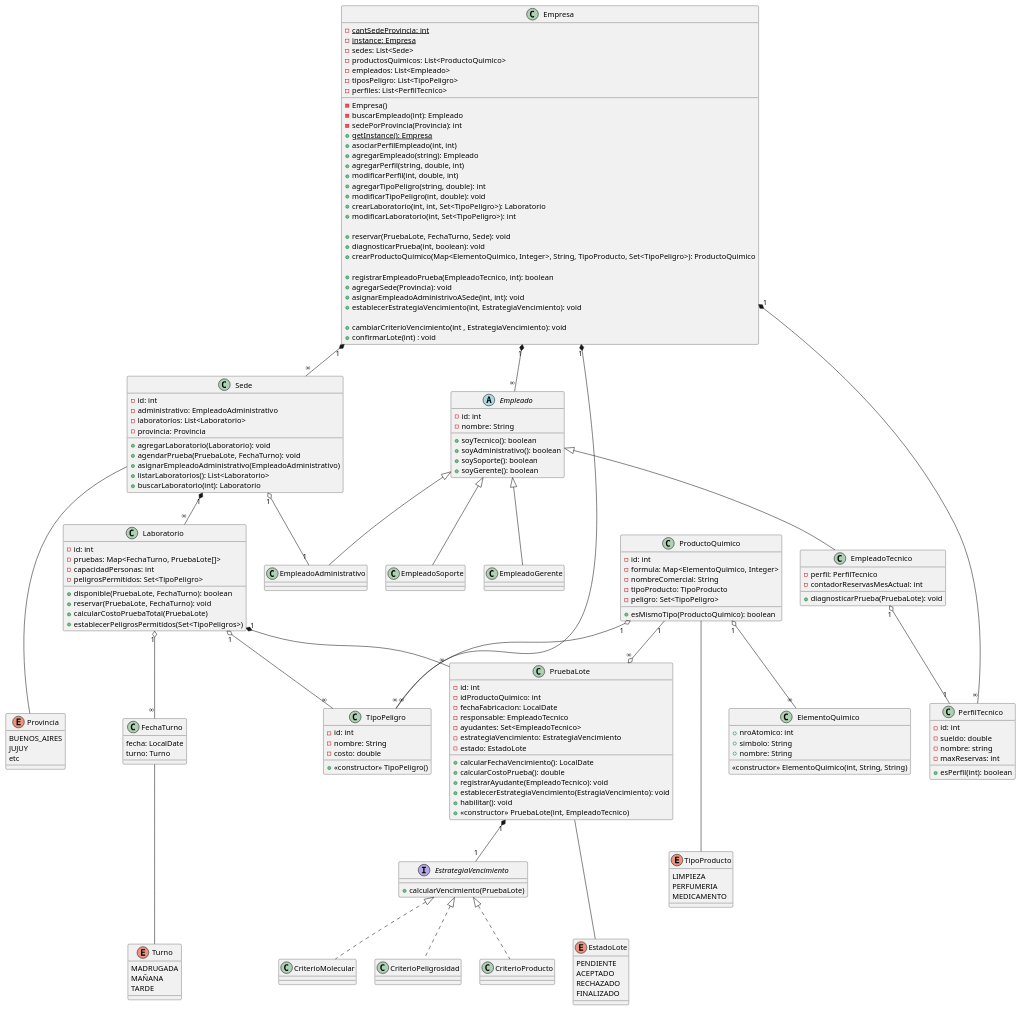
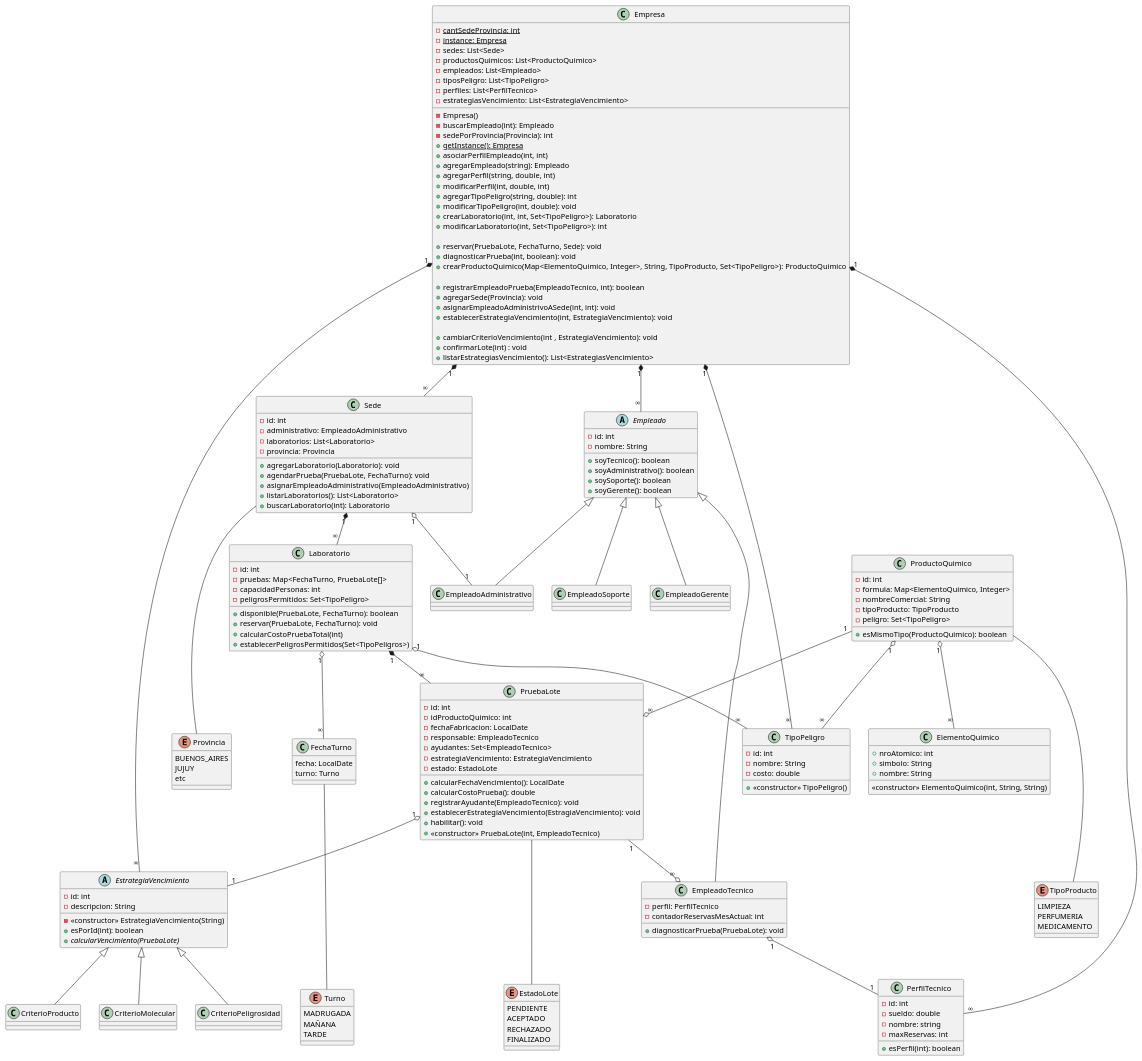
Before and after one commit to SrBigotones/UADE_TPO_OOP: the diagram in diagramas/clases.plantuml, drawn with PlantUML.

Commit message:
Se crea repositorio de estrategias de vencimiento y se hacen correcciones indicadas por los profesores

```diff
--- a/diagramas/clases.plantuml
+++ b/diagramas/clases.plantuml
@@ -9,7 +9,7 @@
   - empleados: List<Empleado>
   - tiposPeligro: List<TipoPeligro>
   - perfiles: List<PerfilTecnico>
-  
+  - estrategiasVencimiento: List<EstrategiaVencimiento>
   
   - buscarEmpleado(int): Empleado
   - sedePorProvincia(Provincia): int
@@ -37,6 +37,7 @@
   /' Gerente '/
   + cambiarCriterioVencimiento(int , EstrategiaVencimiento): void /'idLote'/
   + confirmarLote(int) : void /'idLote'/
+  + listarEstrategiasVencimiento(): List<EstrategiasVencimiento>
 }
 
 class Sede {
@@ -84,13 +85,17 @@
   + <<constructor>> PruebaLote(int, EmpleadoTecnico)
 }
 
-interface EstrategiaVencimiento {
-  + calcularVencimiento(PruebaLote)
+abstract class EstrategiaVencimiento {
+  - id: int
+  - descripcion: String
+  - <<constructor>> EstrategiaVencimiento(String) /'descripcion'/
+  + esPorId(int): boolean
+  + {abstract} calcularVencimiento(PruebaLote)
 }
 
-class CriterioPeligrosidad implements EstrategiaVencimiento {}
-class CriterioProducto implements EstrategiaVencimiento {}
-class CriterioMolecular implements EstrategiaVencimiento {}
+class CriterioPeligrosidad extends EstrategiaVencimiento {}
+class CriterioProducto extends EstrategiaVencimiento {}
+class CriterioMolecular extends EstrategiaVencimiento {}
 
 
 enum TipoProducto {
@@ -171,7 +176,7 @@
   'en caso de haber otra prueba en curso, si el producto es compatible con mi prueba'
   + disponible(PruebaLote, FechaTurno): boolean
   + reservar(PruebaLote, FechaTurno): void
-  + calcularCostoPruebaTotal(PruebaLote)
+  + calcularCostoPruebaTotal(int)
   + establecerPeligrosPermitidos(Set<TipoPeligros>)
 }
 
@@ -201,9 +206,11 @@
 Laboratorio "1" *-- "∞" PruebaLote
 ProductoQuimico "1" o-- "∞" ElementoQuimico
 Empresa "1" *-- "∞" Empleado
-PruebaLote "1" *-- "1" EstrategiaVencimiento
+PruebaLote "1" o-- "1" EstrategiaVencimiento
 EmpleadoTecnico "1" o-- "1" PerfilTecnico
 Empresa "1" *-- "∞" PerfilTecnico
 Sede "1" o-- "1" EmpleadoAdministrativo
+PruebaLote "1" --o "∞" EmpleadoTecnico
+Empresa "1" *-- "∞" EstrategiaVencimiento
 
 @enduml
```
